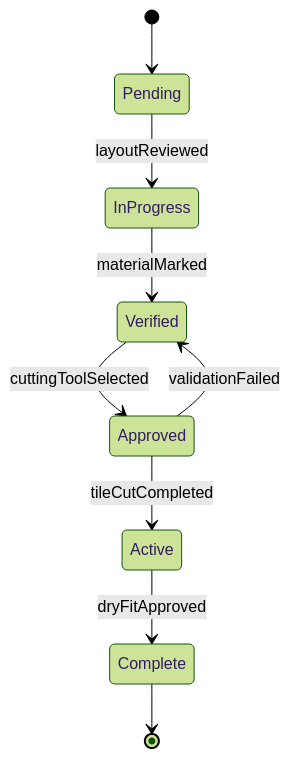
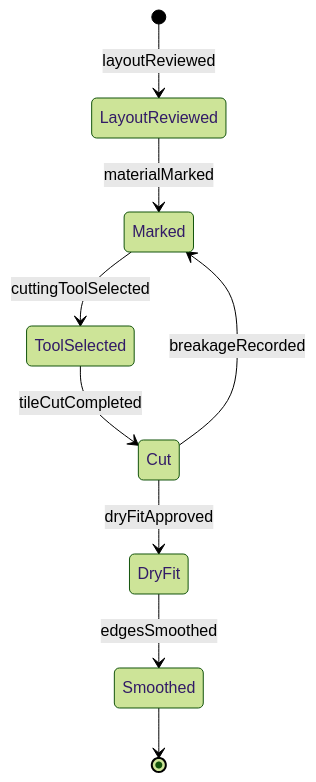
One commit to dot-org-ai/tasks.org.ai changed the second of 4 diagrams in HandlingAndMovingObjects/CutMaterials/CutTileStoneMasonryMaterials.mdx. Above: the diagram before and after it, drawn with Mermaid (forest theme). The commit also changed other lines of this file and 515 other files, not shown here.

````diff
--- a/HandlingAndMovingObjects/CutMaterials/CutTileStoneMasonryMaterials.mdx
+++ b/HandlingAndMovingObjects/CutMaterials/CutTileStoneMasonryMaterials.mdx
@@ -98,11 +99,11 @@
 ```mermaid
 stateDiagram-v2
-    [*] --> Pending
-    Pending --> InProgress : layoutReviewed
-    InProgress --> Verified : materialMarked
-    Verified --> Approved : cuttingToolSelected
-    Approved --> Active : tileCutCompleted
-    Active --> Complete : dryFitApproved
-    Approved --> Verified : validationFailed
-    Complete --> [*]
+    [*] --> LayoutReviewed : layoutReviewed
+    LayoutReviewed --> Marked : materialMarked
+    Marked --> ToolSelected : cuttingToolSelected
+    ToolSelected --> Cut : tileCutCompleted
+    Cut --> DryFit : dryFitApproved
+    DryFit --> Smoothed : edgesSmoothed
+    Cut --> Marked : breakageRecorded
+    Smoothed --> [*]
 ```
````
